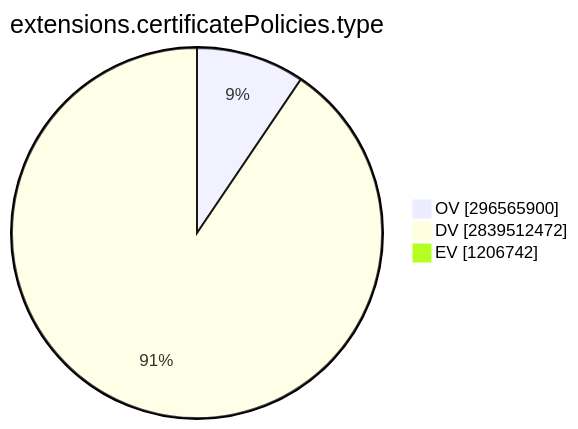
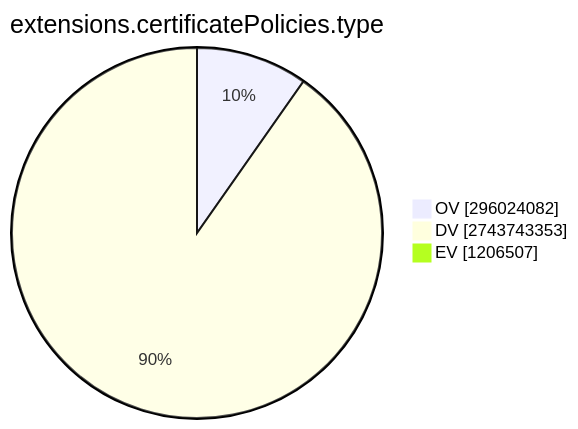
The ninth of 15 diagrams in TOTAL/README.md (christiankrug/ctmonitor_visualization), drawn with Mermaid before and after one commit. The commit also changed other lines of this file, not shown here.

````diff
--- a/TOTAL/README.md
+++ b/TOTAL/README.md
@@ -3099,7 +3098,7 @@
 ```mermaid
 pie showData
 title extensions.certificatePolicies.type
-"OV" :296565900
-"DV" :2839512472
-"EV" :1206742
+"OV" :296024082
+"DV" :2743743353
+"EV" :1206507
 ```
````
